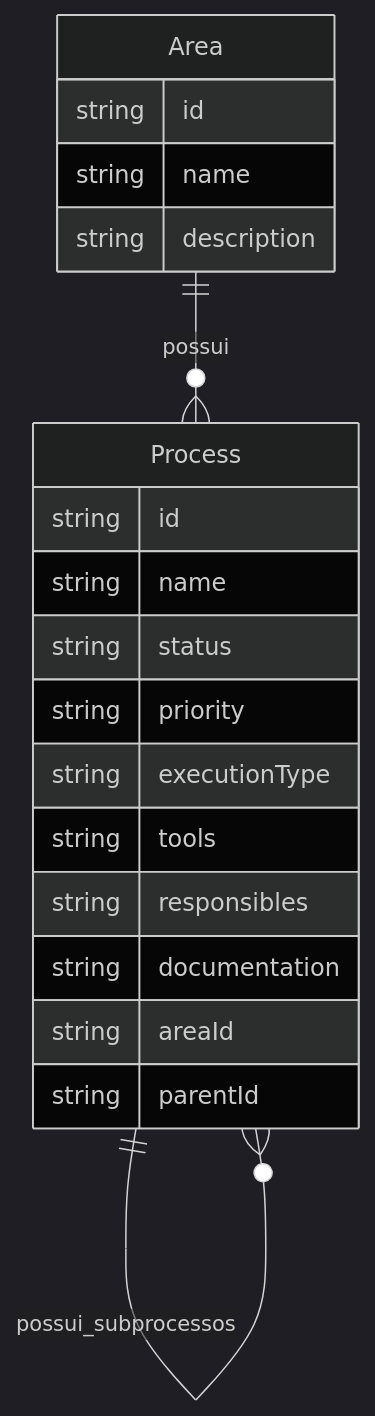
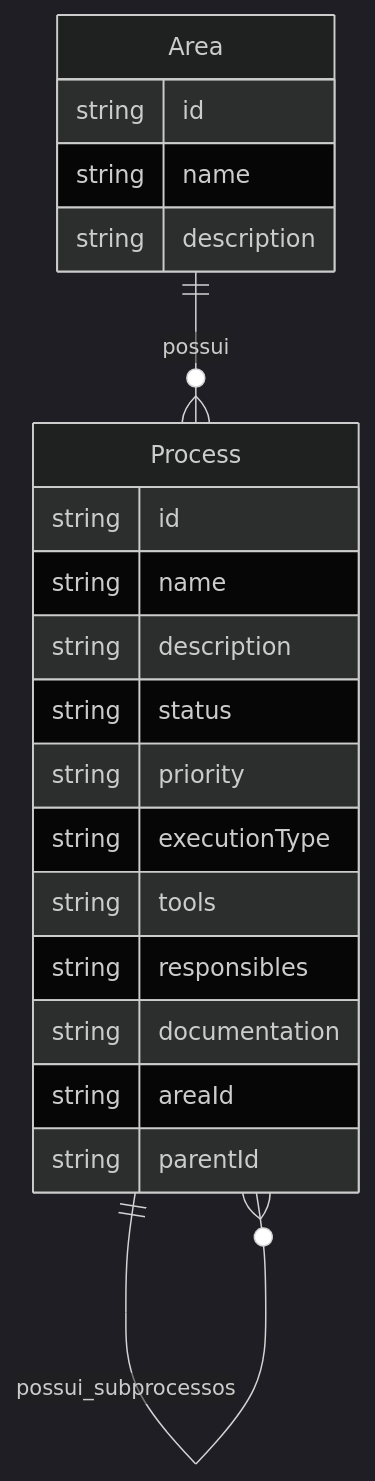
One commit to RenzoFernandes/process-hub changed the second of 2 diagrams in README.md. Above: the diagram before and after it, drawn with Mermaid (dark theme). The commit also changed other lines of this file and 18 other files, not shown here.

Commit message:
feat: replace flowchart with enterprise process explorer

````diff
--- a/README.md
+++ b/README.md
@@ -114,24 +99,25 @@
 ```mermaid
 erDiagram
   Area ||--o{ Process : possui
   Process ||--o{ Process : possui_subprocessos
 
   Area {
     string id
     string name
     string description
   }
 
   Process {
     string id
     string name
+    string description
     string status
     string priority
     string executionType
     string tools
     string responsibles
     string documentation
     string areaId
     string parentId
   }
 ```
````
